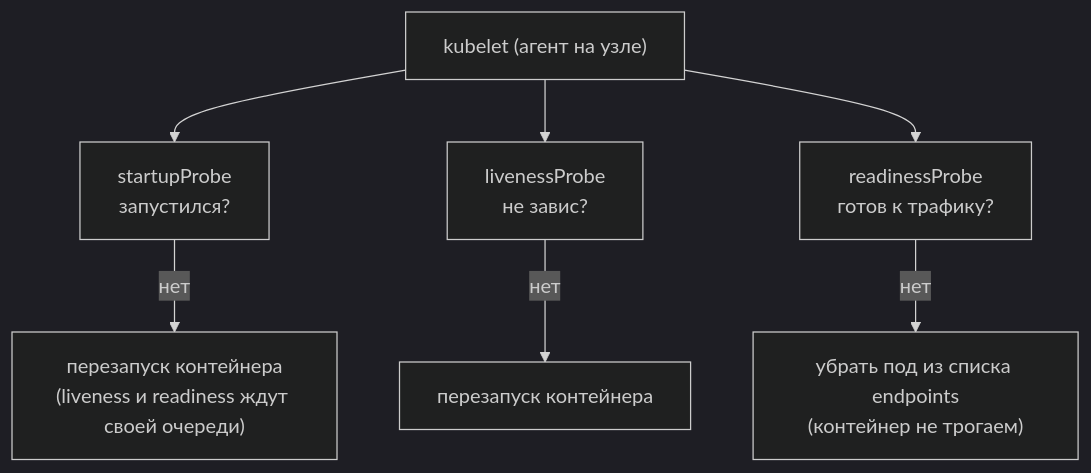
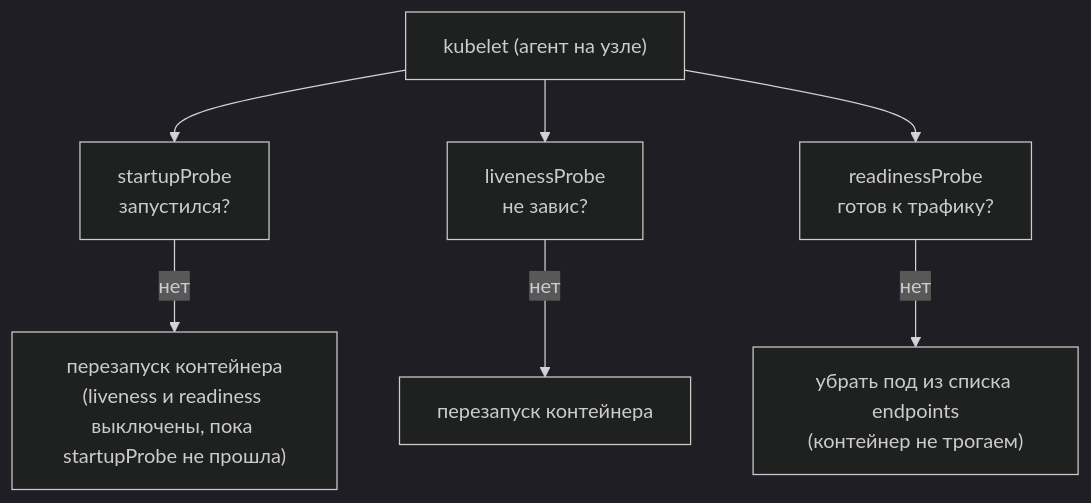
Before and after one commit to distinguished-sre/learning: the first of 4 diagrams in devops/05-kubernetes/07-probes-resources-rollouts.md, drawn with Mermaid (dark theme). The commit also changed other lines of this file and 462 other files, not shown here.

````diff
--- a/devops/05-kubernetes/07-probes-resources-rollouts.md
+++ b/devops/05-kubernetes/07-probes-resources-rollouts.md
@@ -49,9 +47,9 @@
 ```mermaid
 flowchart TD
     K["kubelet (агент на узле)"] --> S["startupProbe<br>запустился?"]
     K --> L["livenessProbe<br>не завис?"]
     K --> R["readinessProbe<br>готов к трафику?"]
-    S -->|"нет"| S2["перезапуск контейнера<br>(liveness и readiness ждут своей очереди)"]
+    S -->|"нет"| S2["перезапуск контейнера<br>(liveness и readiness выключены, пока startupProbe не прошла)"]
     L -->|"нет"| L2["перезапуск контейнера"]
     R -->|"нет"| R2["убрать под из списка endpoints<br>(контейнер не трогаем)"]
 ```
````
